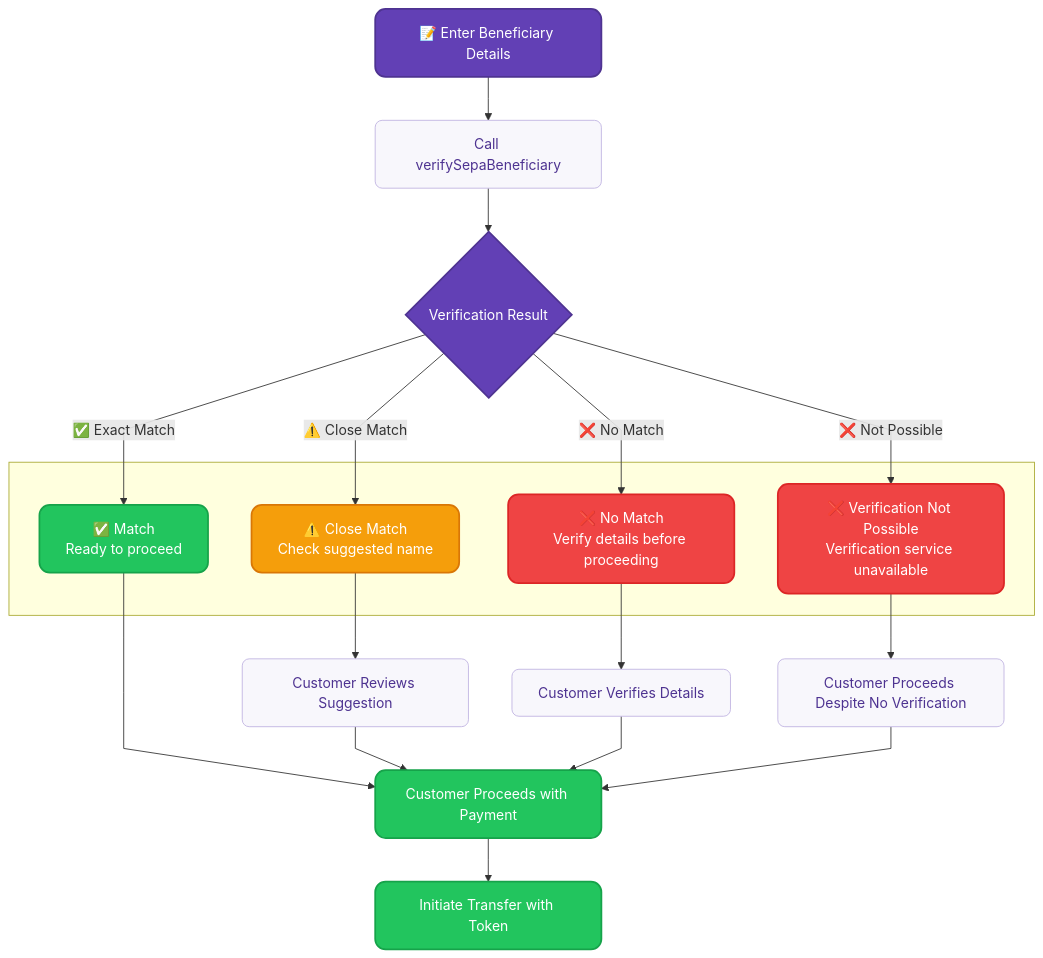
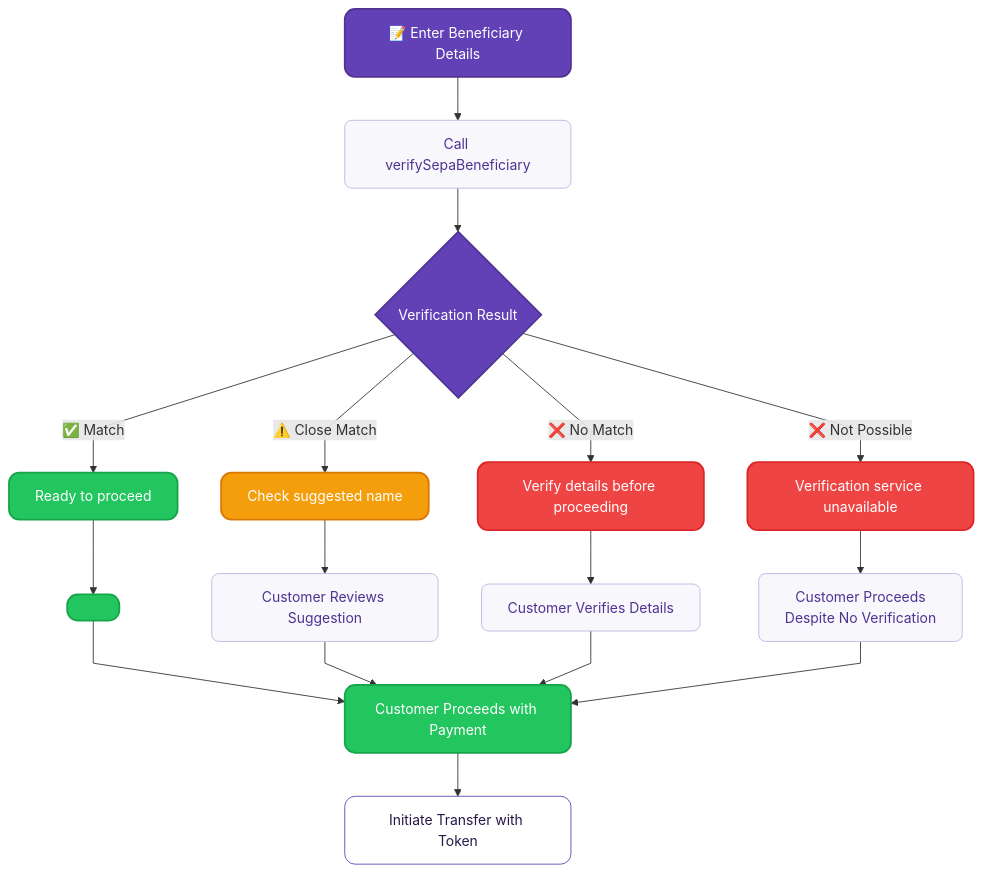
Before and after one commit to swan-io/docs: the second of 2 diagrams in docs/topics/payments/credit-transfers/sepa/verification-of-payee.mdx, drawn with Mermaid. The commit also changed other lines of this file, not shown here.

Commit message:
Fixed Verification diagram subgraph approach

````diff
--- a/docs/topics/payments/credit-transfers/sepa/verification-of-payee.mdx
+++ b/docs/topics/payments/credit-transfers/sepa/verification-of-payee.mdx
@@ -151,46 +153,45 @@
 ```mermaid
 %%{ init: { 'flowchart': { 'curve': 'linear' } } }%%
 flowchart TD
     A["📝 Enter Beneficiary Details"] --> B[Call verifySepaBeneficiary]
     B --> C{Verification Result}
     
-    subgraph " "
-        D["✅ Match<br/>Ready to proceed"]
-        E["⚠️ Close Match<br/>Check suggested name"]  
-        F["❌ No Match<br/>Verify details before proceeding"]
-        G["❌ Verification Not Possible<br/>Verification service unavailable"]
-    end
+    D["Ready to proceed"]
+    E["Check suggested name"]  
+    F["Verify details before proceeding"]
+    G["Verification service unavailable"]
     
-    C -->|"✅ Exact Match"| D
+    C -->|"✅ Match"| D
     C -->|"⚠️ Close Match"| E
     C -->|"❌ No Match"| F
     C -->|"❌ Not Possible"| G
     
-    D --> H["Customer Proceeds with Payment"]
+    D --> H[" "]
     E --> I["Customer Reviews Suggestion"]
     F --> J["Customer Verifies Details"]
-    G --> K["Customer Proceeds Despite No Verification"]
+    G --> K["Customer Proceeds<br>Despite No Verification"]
     
-    I --> H
-    J --> H
-    K --> H
+    H --> L["Customer Proceeds with Payment"]
+    I --> L
+    J --> L
+    K --> L
     
-    H --> L["Initiate Transfer with Token"]
+    L --> M["Initiate Transfer with Token"]
     
     classDef default fill:#ffffff,stroke:#6240b5,stroke-width:1px,color:#271a48,rx:12,ry:12
     classDef input fill:#6240b5,stroke:#4e3391,stroke-width:2px,color:#ffffff,rx:12,ry:12
     classDef decision fill:#6240b5,stroke:#4e3391,stroke-width:2px,color:#ffffff,rx:20,ry:20
     classDef success fill:#22c55e,stroke:#16a34a,stroke-width:2px,color:#ffffff,rx:12,ry:12
     classDef warning fill:#f59e0b,stroke:#d97706,stroke-width:2px,color:#ffffff,rx:12,ry:12
     classDef error fill:#ef4444,stroke:#dc2626,stroke-width:2px,color:#ffffff,rx:12,ry:12
     classDef process fill:#f8f7fc,stroke:#c0b3e1,stroke-width:1px,color:#4e3391,rx:8,ry:8
     classDef final fill:#22c55e,stroke:#16a34a,stroke-width:2px,color:#ffffff,rx:12,ry:12
     
     class A input
     class C decision
     class D success
     class E warning
     class F,G error
     class B,I,J,K process
     class H,L final
 ```
````
